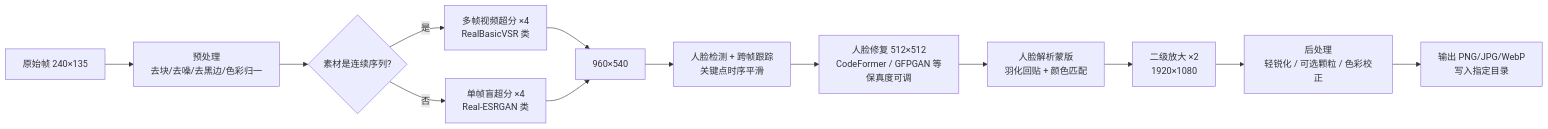
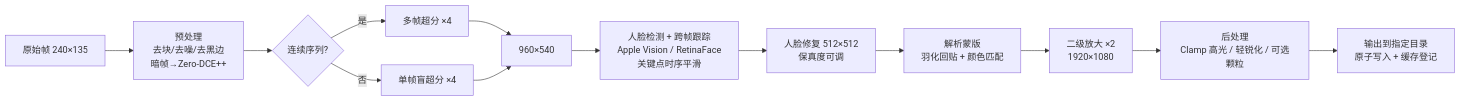
Before and after one commit to linlea666/img: the diagram in docs/PRD.md, drawn with Mermaid. The commit also changed other lines of this file, not shown here.

````diff
--- a/docs/PRD.md
+++ b/docs/PRD.md
@@ -79,15 +93,15 @@
 ```mermaid
 flowchart LR
-    A[原始帧 240×135] --> B[预处理<br/>去块/去噪/去黑边/色彩归一]
-    B --> C{素材是连续序列?}
-    C -- 是 --> D1[多帧视频超分 ×4<br/>RealBasicVSR 类]
-    C -- 否 --> D2[单帧盲超分 ×4<br/>Real-ESRGAN 类]
+    A[原始帧 240×135] --> B[预处理<br/>去块/去噪/去黑边<br/>暗帧→Zero-DCE++]
+    B --> C{连续序列?}
+    C -- 是 --> D1[多帧超分 ×4]
+    C -- 否 --> D2[单帧盲超分 ×4]
     D1 --> E[960×540]
     D2 --> E
-    E --> F[人脸检测 + 跨帧跟踪<br/>关键点时序平滑]
-    F --> G[人脸修复 512×512<br/>CodeFormer / GFPGAN 等<br/>保真度可调]
-    G --> H[人脸解析蒙版<br/>羽化回贴 + 颜色匹配]
+    E --> F[人脸检测 + 跨帧跟踪<br/>Apple Vision / RetinaFace<br/>关键点时序平滑]
+    F --> G[人脸修复 512×512<br/>保真度可调]
+    G --> H[解析蒙版<br/>羽化回贴 + 颜色匹配]
     H --> I[二级放大 ×2<br/>1920×1080]
-    I --> J[后处理<br/>轻锐化 / 可选颗粒 / 色彩校正]
-    J --> K[输出 PNG/JPG/WebP<br/>写入指定目录]
+    I --> J[后处理<br/>Clamp 高光 / 轻锐化 / 可选颗粒]
+    J --> K[输出到指定目录<br/>原子写入 + 缓存登记]
 ```
````
